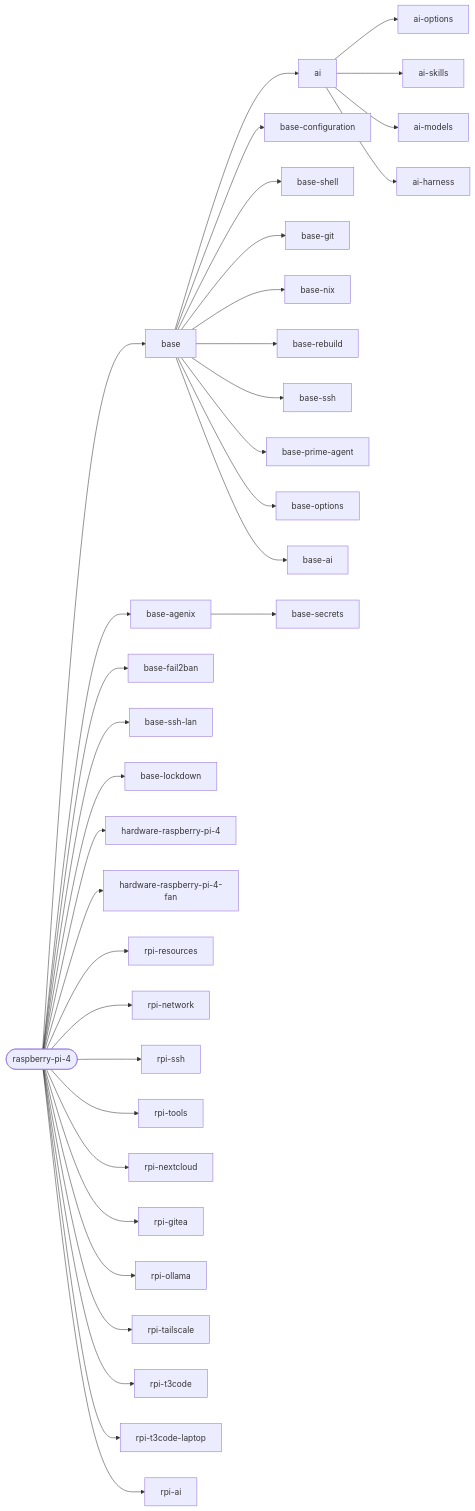
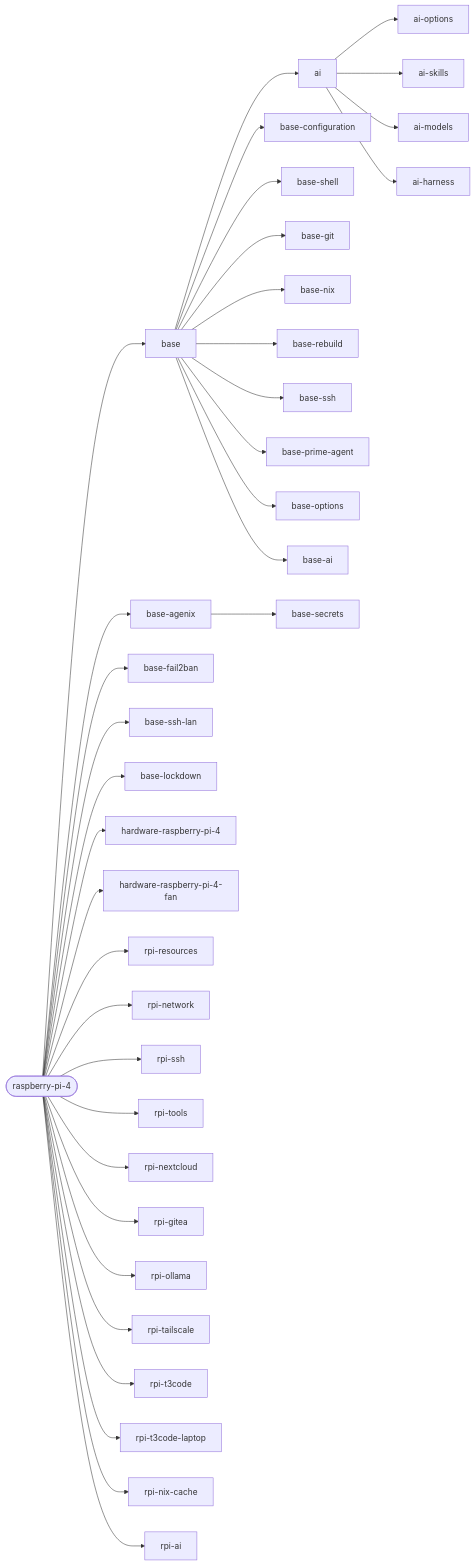
One commit to janusz-bit/nixos changed the second of 3 diagrams in docs/reference/hosts.md. Above: the diagram before and after it, drawn with Mermaid. The commit also changed other lines of this file and 20 other files, not shown here.

First line of the commit message:
rpi: tailnet nix binary cache signed in ci

````diff
--- a/docs/reference/hosts.md
+++ b/docs/reference/hosts.md
@@ -134,37 +136,38 @@
 ```mermaid
 flowchart LR
   host_raspberry_pi_4([raspberry-pi-4])
   host_raspberry_pi_4 --> base[base]
   host_raspberry_pi_4 --> base_agenix[base-agenix]
   host_raspberry_pi_4 --> base_fail2ban[base-fail2ban]
   host_raspberry_pi_4 --> base_ssh_lan[base-ssh-lan]
   host_raspberry_pi_4 --> base_lockdown[base-lockdown]
   host_raspberry_pi_4 --> hardware_raspberry_pi_4[hardware-raspberry-pi-4]
   host_raspberry_pi_4 --> hardware_raspberry_pi_4_fan[hardware-raspberry-pi-4-fan]
   host_raspberry_pi_4 --> rpi_resources[rpi-resources]
   host_raspberry_pi_4 --> rpi_network[rpi-network]
   host_raspberry_pi_4 --> rpi_ssh[rpi-ssh]
   host_raspberry_pi_4 --> rpi_tools[rpi-tools]
   host_raspberry_pi_4 --> rpi_nextcloud[rpi-nextcloud]
   host_raspberry_pi_4 --> rpi_gitea[rpi-gitea]
   host_raspberry_pi_4 --> rpi_ollama[rpi-ollama]
   host_raspberry_pi_4 --> rpi_tailscale[rpi-tailscale]
   host_raspberry_pi_4 --> rpi_t3code[rpi-t3code]
   host_raspberry_pi_4 --> rpi_t3code_laptop[rpi-t3code-laptop]
+  host_raspberry_pi_4 --> rpi_nix_cache[rpi-nix-cache]
   host_raspberry_pi_4 --> rpi_ai[rpi-ai]
   ai --> ai_options[ai-options]
   ai --> ai_skills[ai-skills]
   ai --> ai_models[ai-models]
   ai --> ai_harness[ai-harness]
   base --> base_configuration[base-configuration]
   base --> base_shell[base-shell]
   base --> base_git[base-git]
   base --> base_nix[base-nix]
   base --> base_rebuild[base-rebuild]
   base --> base_ssh[base-ssh]
   base --> base_prime_agent[base-prime-agent]
   base --> base_options[base-options]
   base --> ai[ai]
   base --> base_ai[base-ai]
   base_agenix --> base_secrets[base-secrets]
 ```
````
